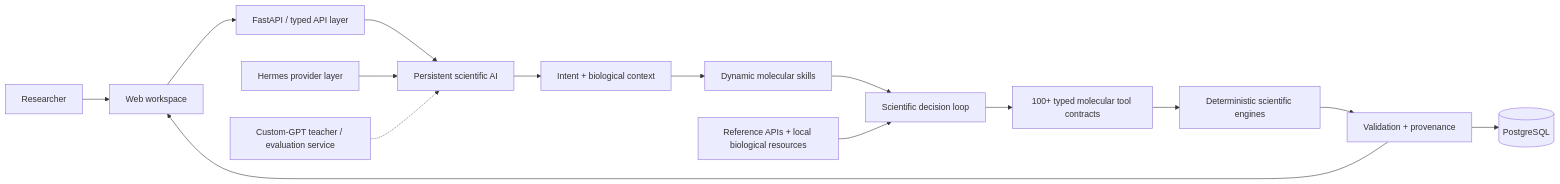
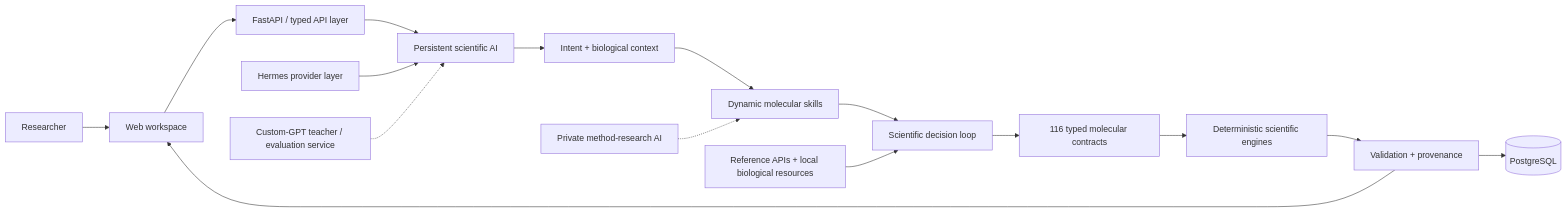
The diagram in README.md (Niedharsan/labos-molecular-ai), drawn with Mermaid before and after one commit. The commit also changed other lines of this file, not shown here.

Commit message:
Expand public capability and research-scale documentation

````diff
--- a/README.md
+++ b/README.md
@@ -84,20 +105,21 @@
 ```mermaid
 flowchart LR
     U[Researcher] --> UI[Web workspace]
     UI --> API[FastAPI / typed API layer]
     API --> AI[Persistent scientific AI]
 
     AI --> R[Intent + biological context]
     R --> S[Dynamic molecular skills]
     S --> D[Scientific decision loop]
 
-    D --> T[100+ typed molecular tool contracts]
+    D --> T[116 typed molecular contracts]
     T --> E[Deterministic scientific engines]
     E --> V[Validation + provenance]
     V --> DB[(PostgreSQL)]
     V --> UI
 
     X[Reference APIs + local biological resources] --> D
     H[Hermes provider layer] --> AI
     C[Custom-GPT teacher / evaluation service] -.-> AI
+    Q[Private method-research AI] -.-> S
 ```
````
